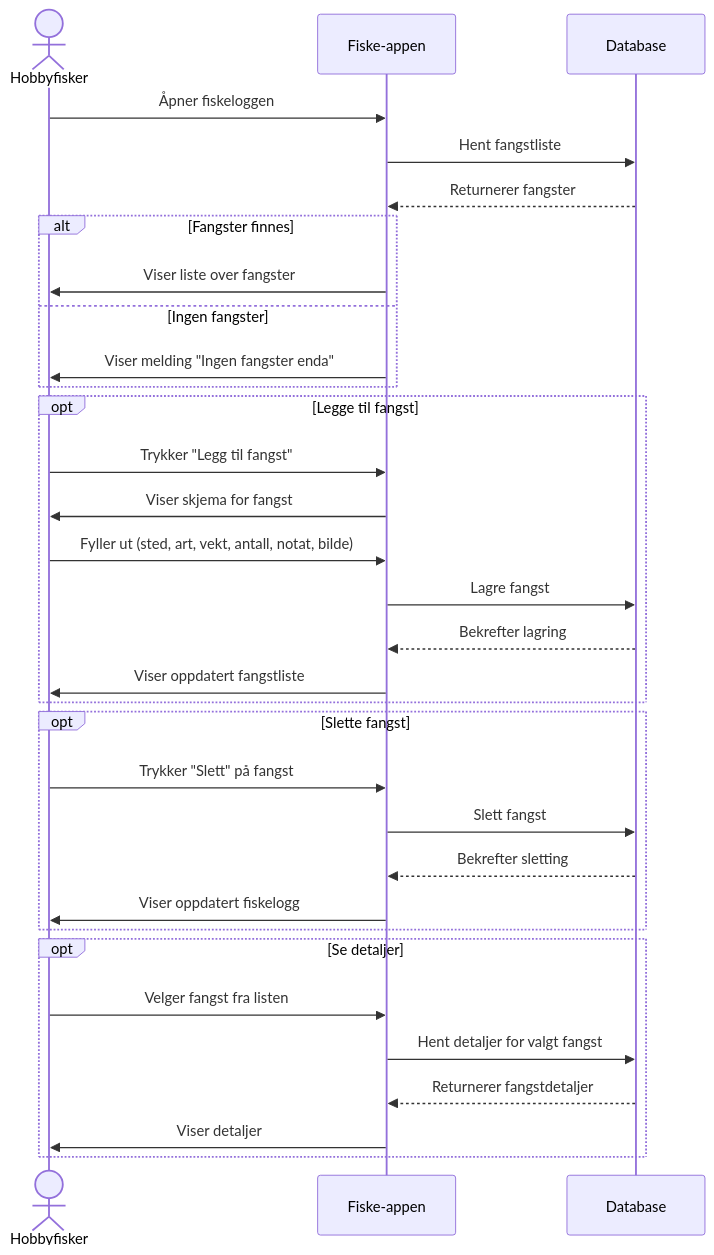
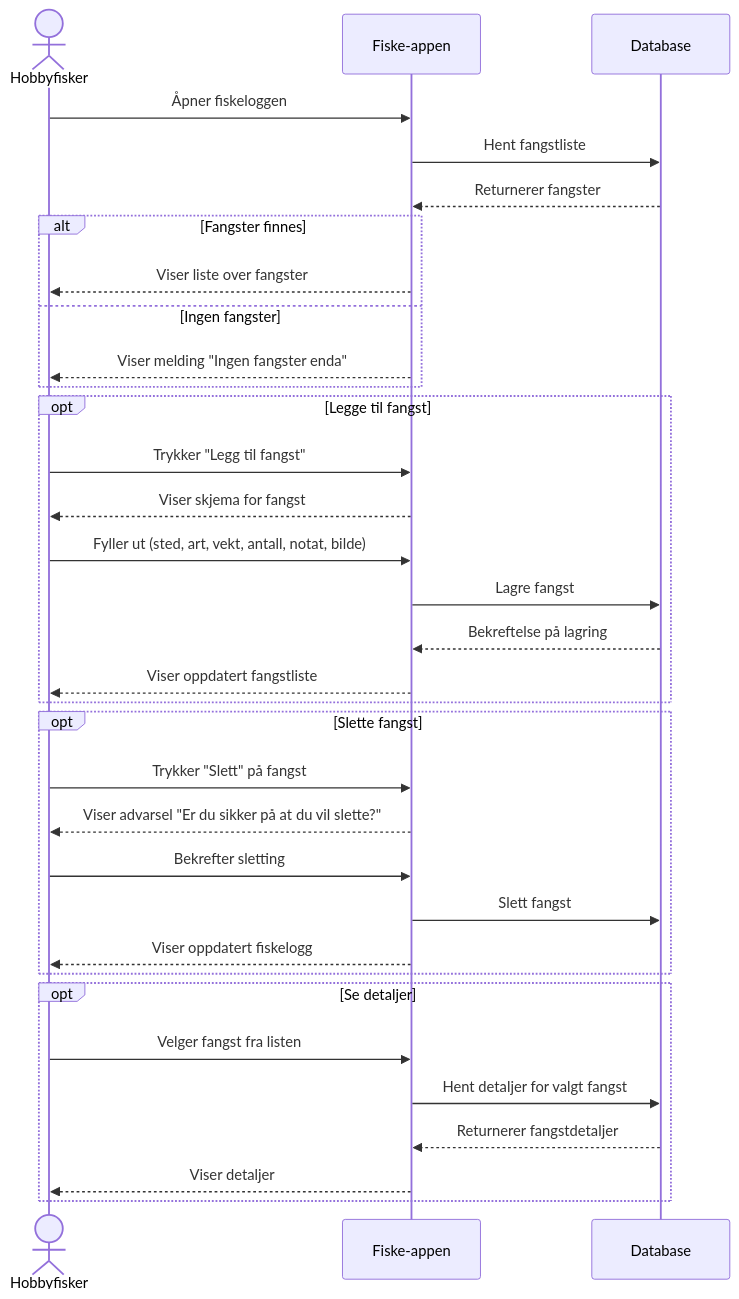
The diagram in modelling/sekvens_diagram_fiskelogg.md (jonesstoen/FiskeKlar), drawn with Mermaid before and after one commit. The commit also changed 8 other files, not shown here.

````diff
--- a/modelling/sekvens_diagram_fiskelogg.md
+++ b/modelling/sekvens_diagram_fiskelogg.md
@@ -3,39 +3,41 @@
 ```mermaid
 sequenceDiagram
     actor Hobbyfisker
     participant App as Fiske-appen
     participant DB as Database
 
     Hobbyfisker ->> App: Åpner fiskeloggen
     App ->> DB: Hent fangstliste
     DB -->> App: Returnerer fangster
 
     alt Fangster finnes
-        App ->> Hobbyfisker: Viser liste over fangster
+        App -->> Hobbyfisker: Viser liste over fangster
     else Ingen fangster
-        App ->> Hobbyfisker: Viser melding "Ingen fangster enda"
+        App -->> Hobbyfisker: Viser melding "Ingen fangster enda"
     end
 
     opt Legge til fangst
         Hobbyfisker ->> App: Trykker "Legg til fangst"
-        App ->> Hobbyfisker: Viser skjema for fangst
+        App -->> Hobbyfisker: Viser skjema for fangst
         Hobbyfisker ->> App: Fyller ut (sted, art, vekt, antall, notat, bilde)
         App ->> DB: Lagre fangst
-        DB -->> App: Bekrefter lagring
-        App ->> Hobbyfisker: Viser oppdatert fangstliste
+        DB -->> App: Bekreftelse på lagring
+        App -->> Hobbyfisker: Viser oppdatert fangstliste
     end
 
     opt Slette fangst
         Hobbyfisker ->> App: Trykker "Slett" på fangst
+        App -->> Hobbyfisker: Viser advarsel "Er du sikker på at du vil slette?"
+        Hobbyfisker ->> App: Bekrefter sletting
         App ->> DB: Slett fangst
-        DB -->> App: Bekrefter sletting
-        App ->> Hobbyfisker: Viser oppdatert fiskelogg
+        App -->> Hobbyfisker: Viser oppdatert fiskelogg
     end
 
     opt Se detaljer
         Hobbyfisker ->> App: Velger fangst fra listen
         App ->> DB: Hent detaljer for valgt fangst
         DB -->> App: Returnerer fangstdetaljer
-        App ->> Hobbyfisker: Viser detaljer
+        App -->> Hobbyfisker: Viser detaljer
     end
+
 ```
````
